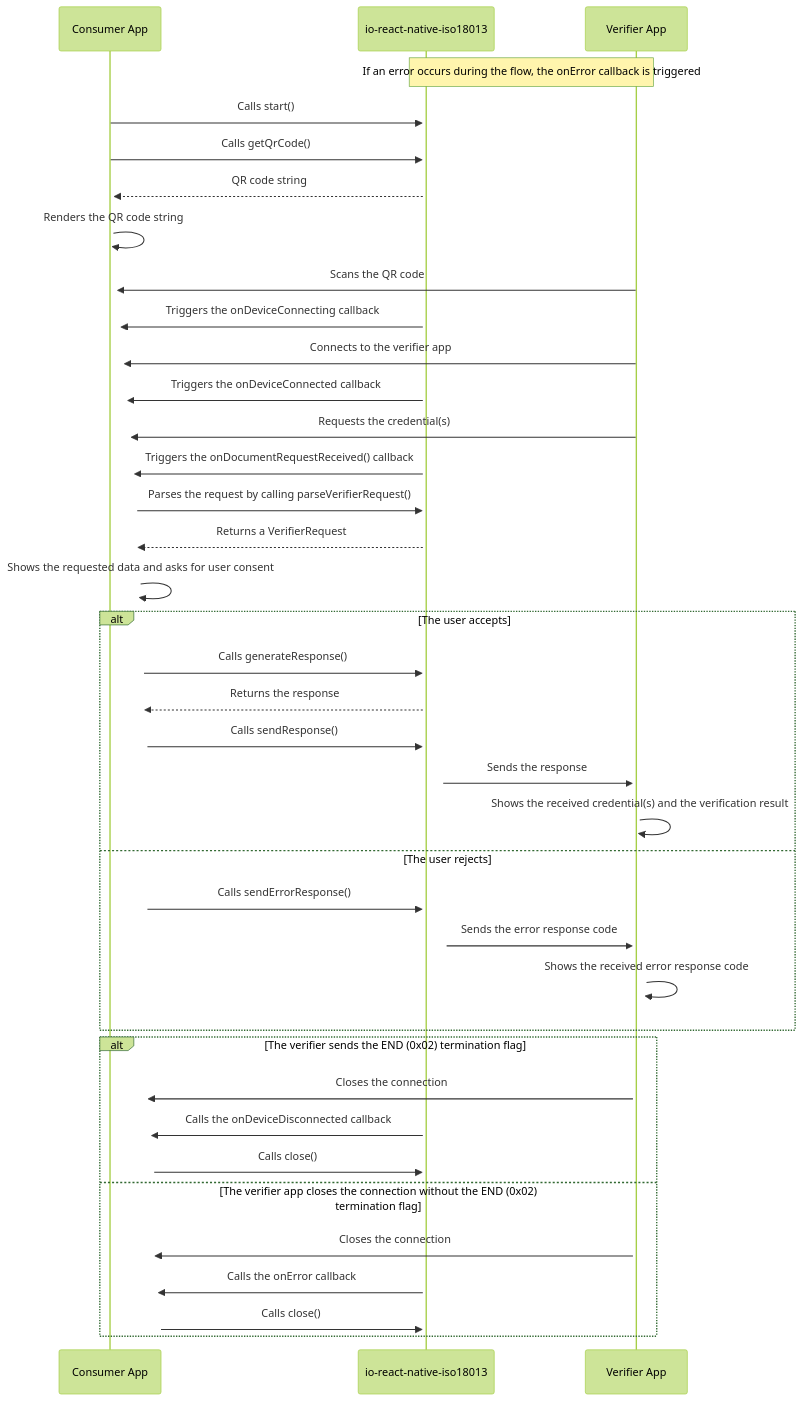
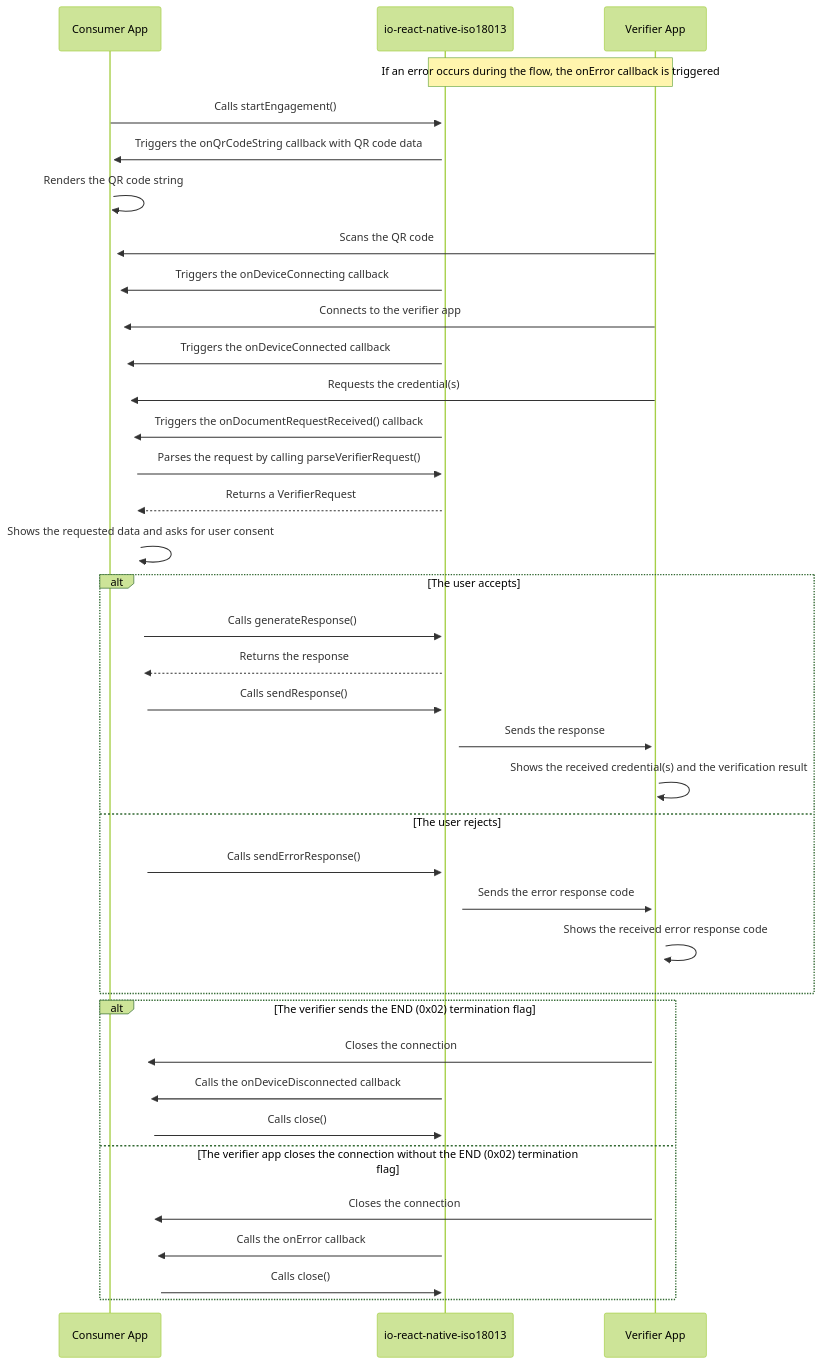
One commit to pagopa/io-react-native-iso18013 changed the third of 3 diagrams in src/iso18013/iso18013-5/README.md. Above: the diagram before and after it, drawn with Mermaid (forest theme). The commit also changed other lines of this file and 28 other files, not shown here.

````diff
--- a/src/iso18013/iso18013-5/README.md
+++ b/src/iso18013/iso18013-5/README.md
@@ -265,41 +346,40 @@
 ```mermaid
 sequenceDiagram
     participant app as Consumer App
     participant proximity as io-react-native-iso18013
     participant verifier as Verifier App
 
     Note over proximity, verifier: If an error occurs during the flow, the onError callback is triggered
-    app->>+proximity: Calls start()
-    app->>+proximity: Calls getQrCode()
-    proximity-->>+app: QR code string
+    app->>+proximity: Calls startEngagement()
+    proximity->>+app: Triggers the onQrCodeString callback with QR code data
     app->>+app: Renders the QR code string
     verifier->>+app: Scans the QR code
     proximity->>+app: Triggers the onDeviceConnecting callback
     verifier->>+app: Connects to the verifier app
     proximity->>+app: Triggers the onDeviceConnected callback
     verifier->>+app: Requests the credential(s)
     proximity->>+app: Triggers the onDocumentRequestReceived() callback
     app->>+proximity: Parses the request by calling parseVerifierRequest()
     proximity-->>+app: Returns a VerifierRequest
     app->>+app: Shows the requested data and asks for user consent
     alt The user accepts
         app->>+proximity: Calls generateResponse()
         proximity-->>+app: Returns the response
         app->>+proximity: Calls sendResponse()
         proximity->>+verifier: Sends the response
         verifier->>+verifier: Shows the received credential(s) and the verification result
     else The user rejects
         app->>+proximity: Calls sendErrorResponse()
         proximity->>+verifier: Sends the error response code
         verifier->>+verifier: Shows the received error response code
     end
     alt The verifier sends the END (0x02) termination flag
       verifier->>+app: Closes the connection
       proximity->>+app: Calls the onDeviceDisconnected callback
       app->>+proximity: Calls close()
     else The verifier app closes the connection without the END (0x02) termination flag
       verifier->>+app: Closes the connection
       proximity->>+app: Calls the onError callback
       app->>+proximity: Calls close()
     end
 ```
````
